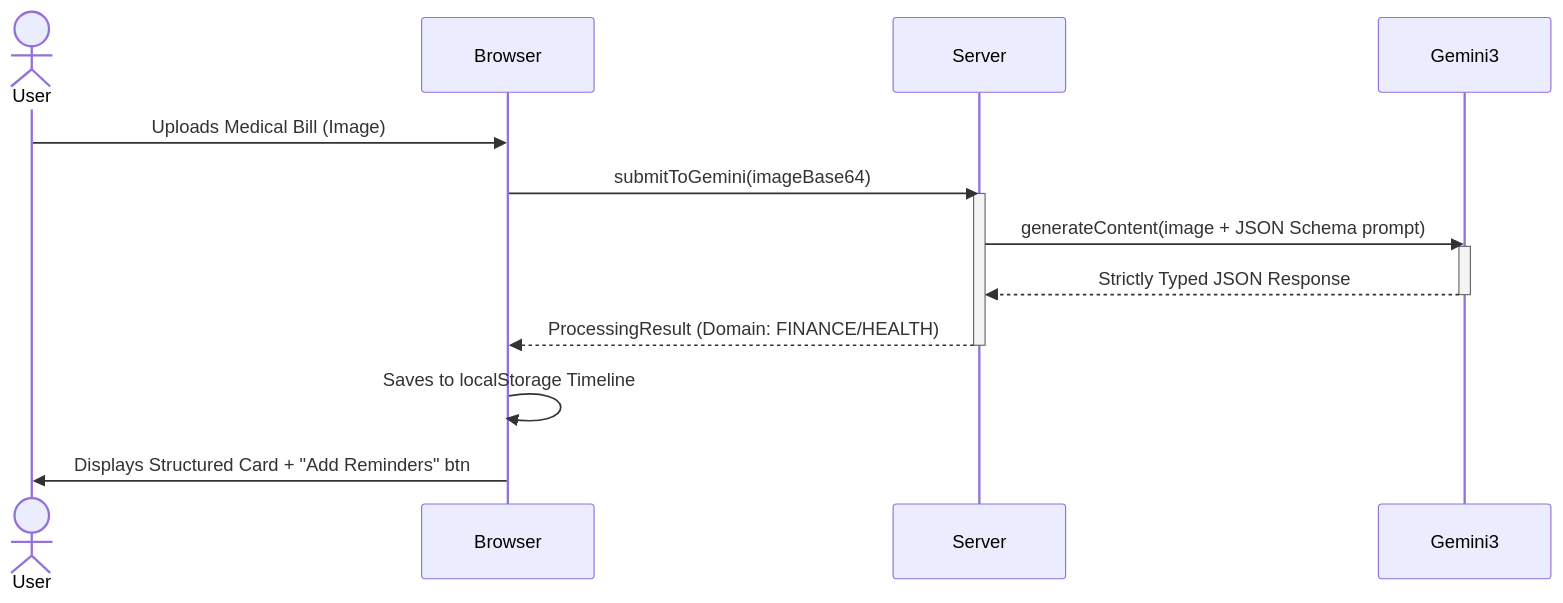
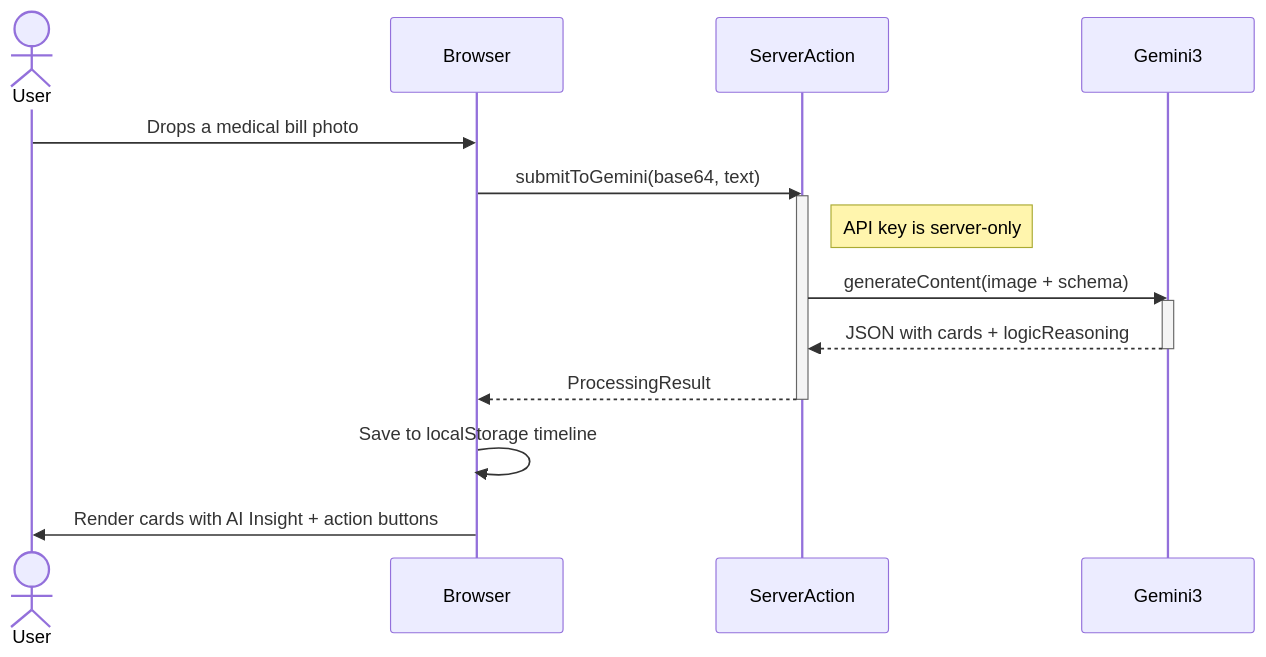
Before and after one commit to DecentralizedJM/PromptWar: the second of 3 diagrams in README.md, drawn with Mermaid. The commit also changed other lines of this file, not shown here.

````diff
--- a/README.md
+++ b/README.md
@@ -43,19 +71,20 @@
 ```mermaid
 sequenceDiagram
     actor User
     participant Browser
-    participant Server
+    participant ServerAction
     participant Gemini3
 
-    User->>Browser: Uploads Medical Bill (Image)
-    Browser->>Server: submitToGemini(imageBase64)
-    activate Server
-    Server->>Gemini3: generateContent(image + JSON Schema prompt)
+    User->>Browser: Drops a medical bill photo
+    Browser->>ServerAction: submitToGemini(base64, text)
+    activate ServerAction
+    Note right of ServerAction: API key is server-only
+    ServerAction->>Gemini3: generateContent(image + schema)
     activate Gemini3
-    Gemini3-->>Server: Strictly Typed JSON Response
+    Gemini3-->>ServerAction: JSON with cards + logicReasoning
     deactivate Gemini3
-    Server-->>Browser: ProcessingResult (Domain: FINANCE/HEALTH)
-    deactivate Server
-    Browser->>Browser: Saves to localStorage Timeline
-    Browser->>User: Displays Structured Card + "Add Reminders" btn
+    ServerAction-->>Browser: ProcessingResult
+    deactivate ServerAction
+    Browser->>Browser: Save to localStorage timeline
+    Browser->>User: Render cards with AI Insight + action buttons
 ```
````
